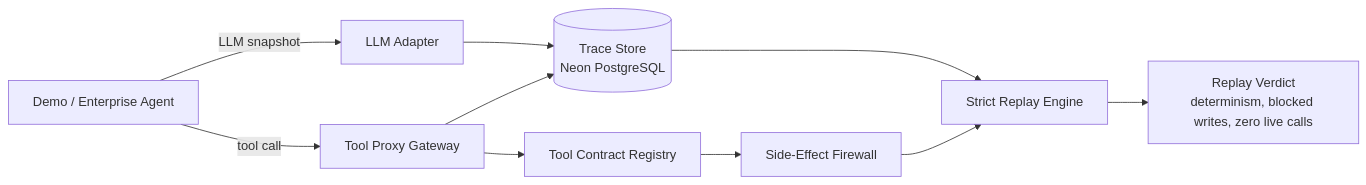
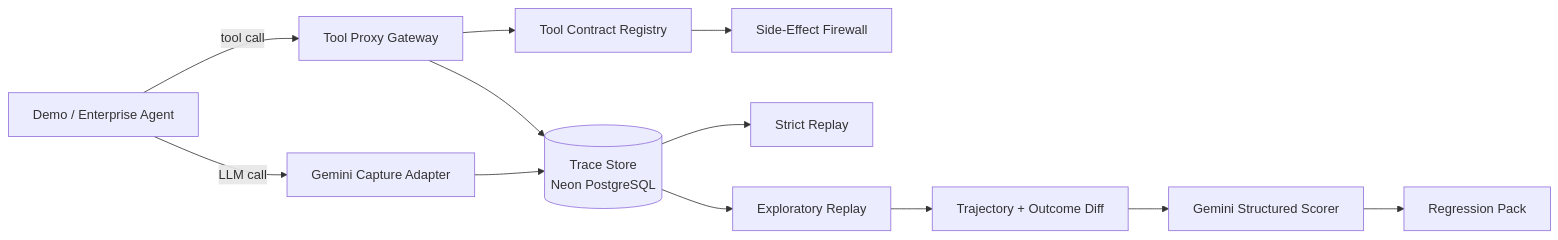
Before and after one commit to defi12748/ProxyTrace: the first of 4 diagrams in README.md, drawn with Mermaid. The commit also changed other lines of this file and 1 other file, not shown here.

````diff
--- a/README.md
+++ b/README.md
@@ -60,12 +78,14 @@
 ```mermaid
 graph LR
-    Agent["Demo / Enterprise Agent"] -->|"LLM snapshot"| LLM["LLM Adapter"]
+    Agent["Demo / Enterprise Agent"] -->|"LLM call"| LLM["Gemini Capture Adapter"]
     Agent -->|"tool call"| Proxy["Tool Proxy Gateway"]
     LLM --> Store[("Trace Store<br/>Neon PostgreSQL")]
     Proxy --> Contracts["Tool Contract Registry"]
     Contracts --> Firewall["Side-Effect Firewall"]
     Proxy --> Store
-    Store --> Replay["Strict Replay Engine"]
-    Firewall --> Replay
-    Replay --> Verdict["Replay Verdict<br/>determinism, blocked writes, zero live calls"]
+    Store --> Strict["Strict Replay"]
+    Store --> Explore["Exploratory Replay"]
+    Explore --> Diff["Trajectory + Outcome Diff"]
+    Diff --> Scorer["Gemini Structured Scorer"]
+    Scorer --> Regression["Regression Pack"]
 ```
````
